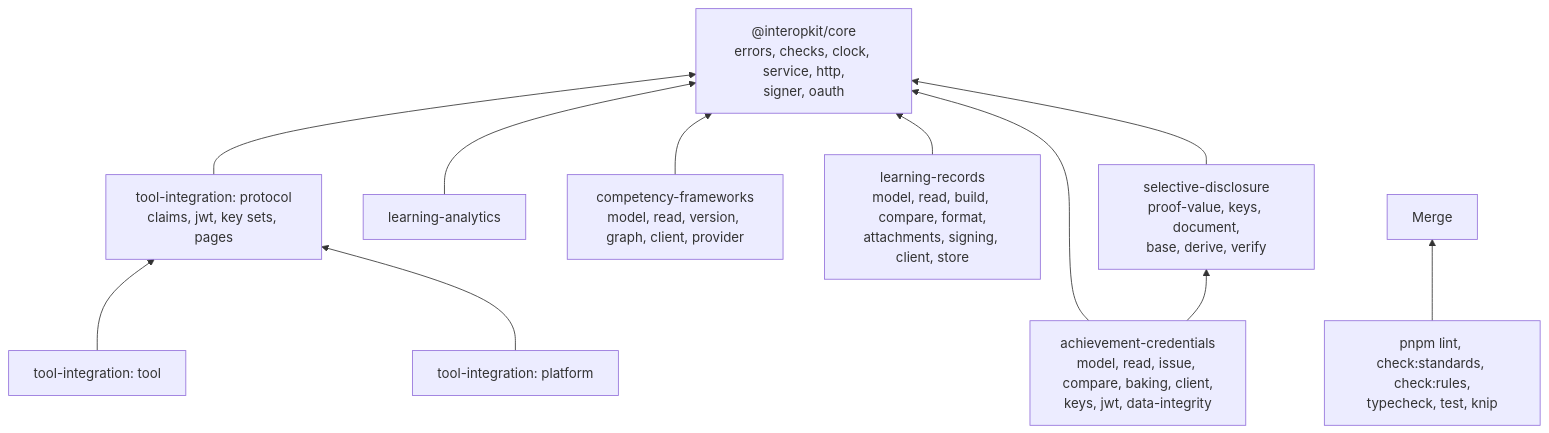
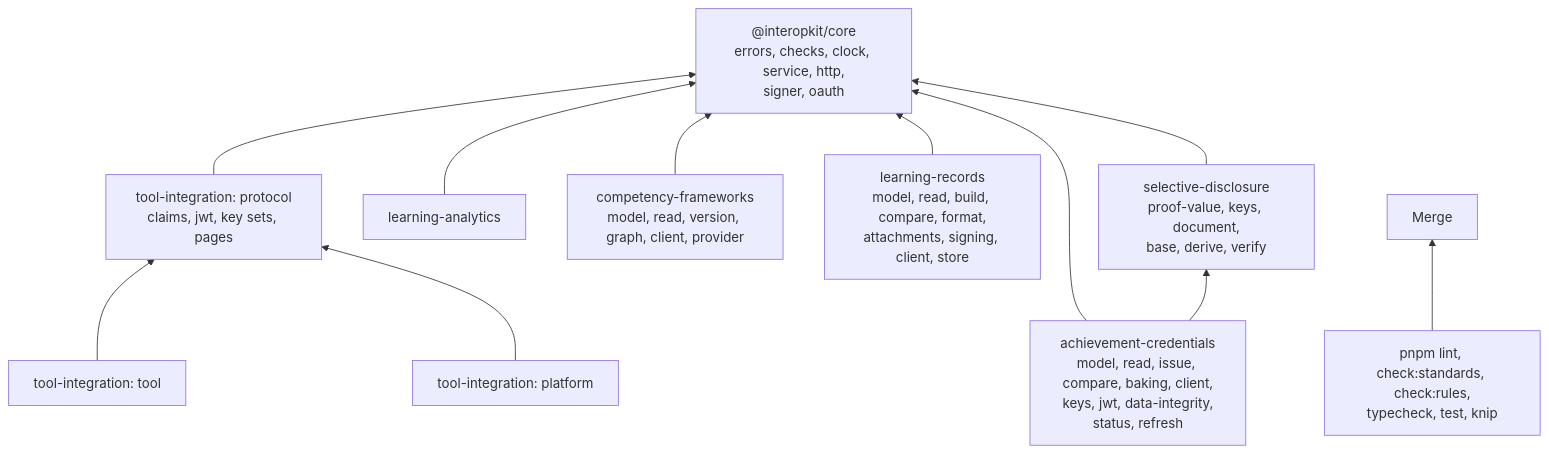
The diagram in AGENTS.md (interopkit/interopkit), drawn with Mermaid before and after one commit. The commit also changed other lines of this file and 33 other files, not shown here.

First line of the commit message:
Add status lists and refresh to achievement-credentials: the Bitstring Status List with its validate algorithm, and the 1EdTech credential refresh

````diff
--- a/AGENTS.md
+++ b/AGENTS.md
@@ -15,22 +15,22 @@
 ```mermaid
 flowchart BT
   core["@interopkit/core<br/>errors, checks, clock, service, http,<br/>signer, oauth"]
   proto["tool-integration: protocol<br/>claims, jwt, key sets, pages"]
   tool["tool-integration: tool"]
   plat["tool-integration: platform"]
   la["learning-analytics"]
   cf["competency-frameworks<br/>model, read, version, graph, client, provider"]
   lr["learning-records<br/>model, read, build, compare, format,<br/>attachments, signing, client, store"]
   sd["selective-disclosure<br/>proof-value, keys, document,<br/>base, derive, verify"]
-  ac["achievement-credentials<br/>model, read, issue, compare, baking, client,<br/>keys, jwt, data-integrity"]
+  ac["achievement-credentials<br/>model, read, issue, compare, baking, client,<br/>keys, jwt, data-integrity,<br/>status, refresh"]
   proto --> core
   tool --> proto
   plat --> proto
   la --> core
   cf --> core
   lr --> core
   sd --> core
   ac --> core
   ac --> sd
   gates["pnpm lint, check:standards, check:rules,<br/>typecheck, test, knip"] --> merge["Merge"]
 ```
````
